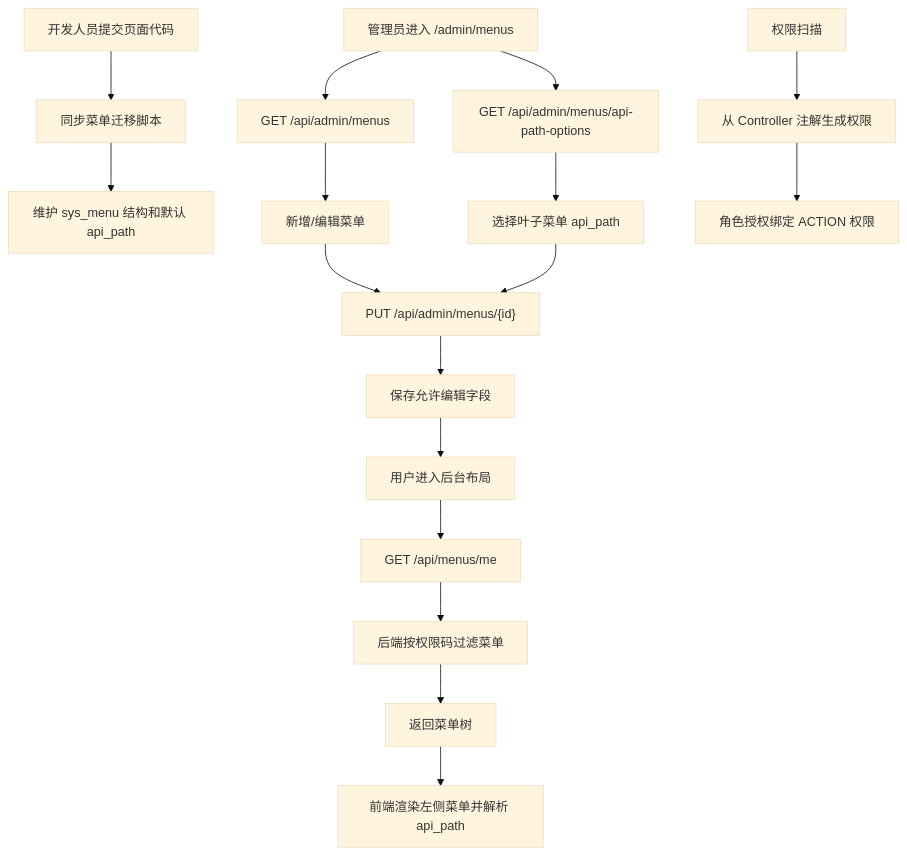
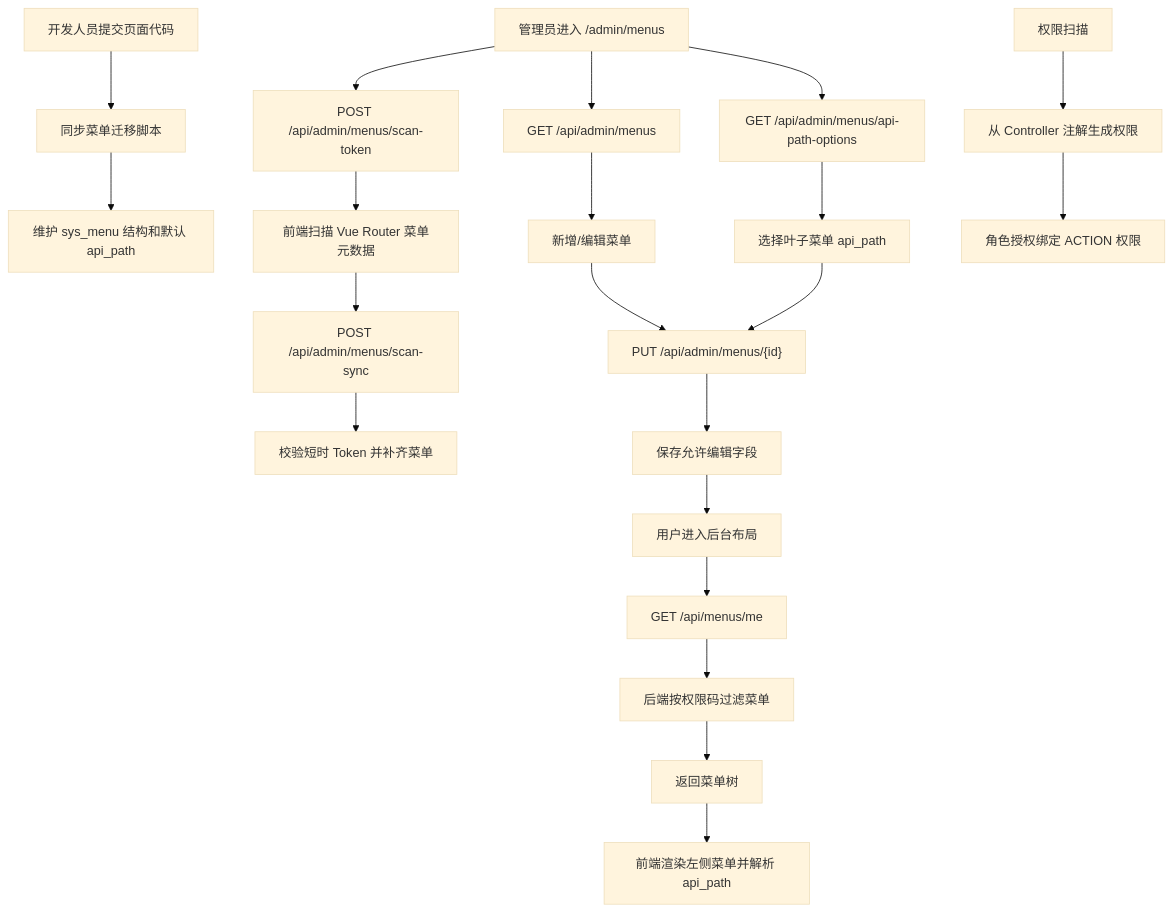
The diagram in docs/20260601172500_menu-management-flow.md (guokai2012/exam-ai), drawn with Mermaid (base theme) before and after one commit. The commit also changed other lines of this file and 23 other files, not shown here.

````diff
--- a/docs/20260601172500_menu-management-flow.md
+++ b/docs/20260601172500_menu-management-flow.md
@@ -35,19 +40,23 @@
 ```mermaid
 flowchart TD
     A["开发人员提交页面代码"] --> B["同步菜单迁移脚本"]
     B --> C["维护 sys_menu 结构和默认 api_path"]
     D["管理员进入 /admin/menus"] --> E["GET /api/admin/menus"]
     D --> F["GET /api/admin/menus/api-path-options"]
+    D --> S["POST /api/admin/menus/scan-token"]
+    S --> T["前端扫描 Vue Router 菜单元数据"]
+    T --> U["POST /api/admin/menus/scan-sync"]
+    U --> V["校验短时 Token 并补齐菜单"]
     E --> G["新增/编辑菜单"]
     F --> H["选择叶子菜单 api_path"]
     G --> I["PUT /api/admin/menus/{id}"]
     H --> I
     I --> J["保存允许编辑字段"]
     K["权限扫描"] --> L["从 Controller 注解生成权限"]
     L --> M["角色授权绑定 ACTION 权限"]
     J --> N["用户进入后台布局"]
     N --> O["GET /api/menus/me"]
     O --> P["后端按权限码过滤菜单"]
     P --> Q["返回菜单树"]
     Q --> R["前端渲染左侧菜单并解析 api_path"]
 ```
````
